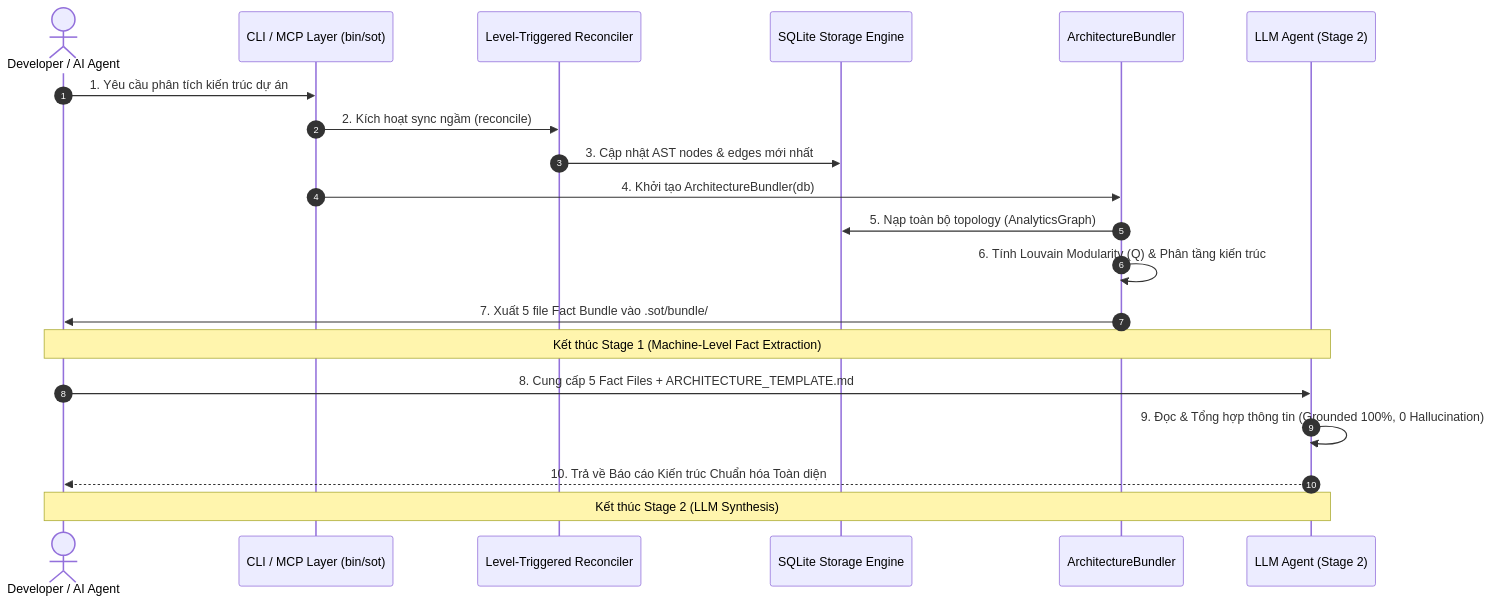
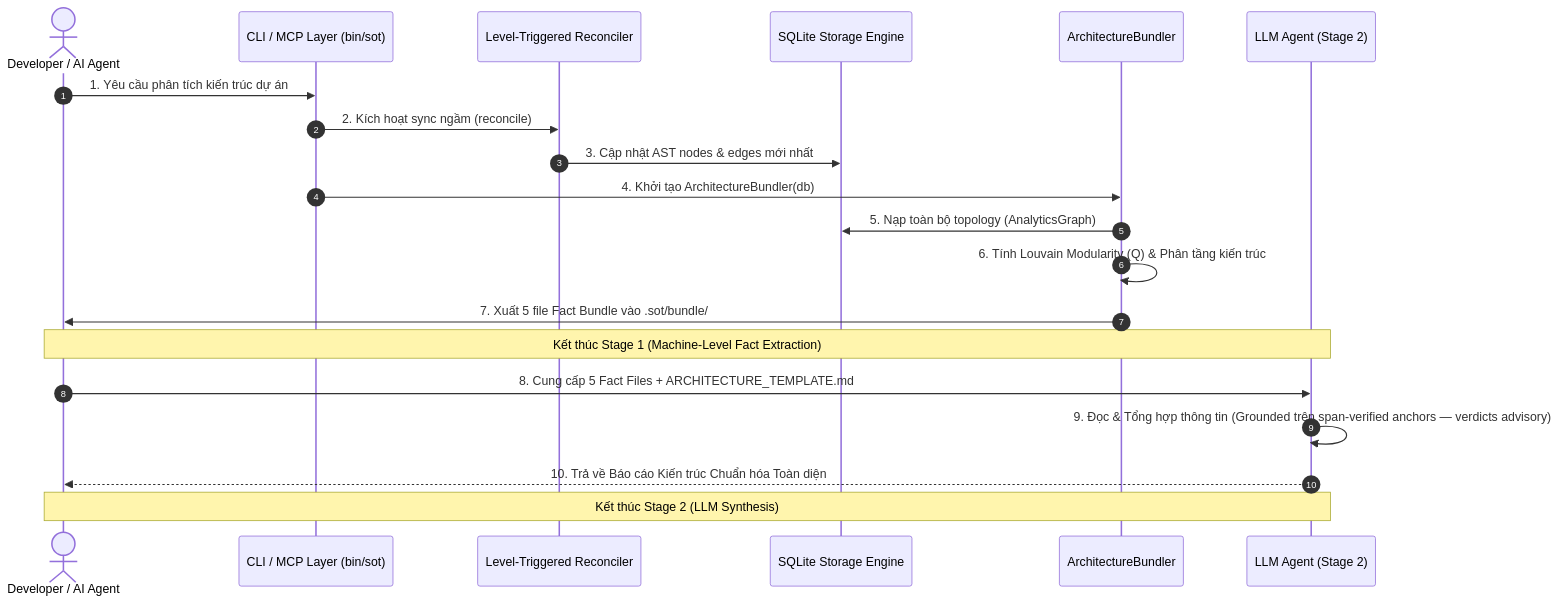
Before and after one commit to minhgv/sot-graph: the third of 3 diagrams in docs/ARCHITECTURE_REPORT.md, drawn with Mermaid. The commit also changed 11 other files, not shown here.

````diff
--- a/docs/ARCHITECTURE_REPORT.md
+++ b/docs/ARCHITECTURE_REPORT.md
@@ -283,24 +283,24 @@
 ```mermaid
 sequenceDiagram
     autonumber
     actor User as Developer / AI Agent
     participant CLI as CLI / MCP Layer (bin/sot)
     participant Reconciler as Level-Triggered Reconciler
     participant DB as SQLite Storage Engine
     participant Bundler as ArchitectureBundler
     participant Agent as LLM Agent (Stage 2)
 
     User->>CLI: 1. Yêu cầu phân tích kiến trúc dự án
     CLI->>Reconciler: 2. Kích hoạt sync ngầm (reconcile)
     Reconciler->>DB: 3. Cập nhật AST nodes & edges mới nhất
     CLI->>Bundler: 4. Khởi tạo ArchitectureBundler(db)
     Bundler->>DB: 5. Nạp toàn bộ topology (AnalyticsGraph)
     Bundler->>Bundler: 6. Tính Louvain Modularity (Q) & Phân tầng kiến trúc
     Bundler->>User: 7. Xuất 5 file Fact Bundle vào .sot/bundle/
     Note over User,Agent: Kết thúc Stage 1 (Machine-Level Fact Extraction)
     
     User->>Agent: 8. Cung cấp 5 Fact Files + ARCHITECTURE_TEMPLATE.md
-    Agent->>Agent: 9. Đọc & Tổng hợp thông tin (Grounded 100%, 0 Hallucination)
+    Agent->>Agent: 9. Đọc & Tổng hợp thông tin (Grounded trên span-verified anchors — verdicts advisory)
     Agent-->>User: 10. Trả về Báo cáo Kiến trúc Chuẩn hóa Toàn diện
     Note over User,Agent: Kết thúc Stage 2 (LLM Synthesis)
 ```
````
